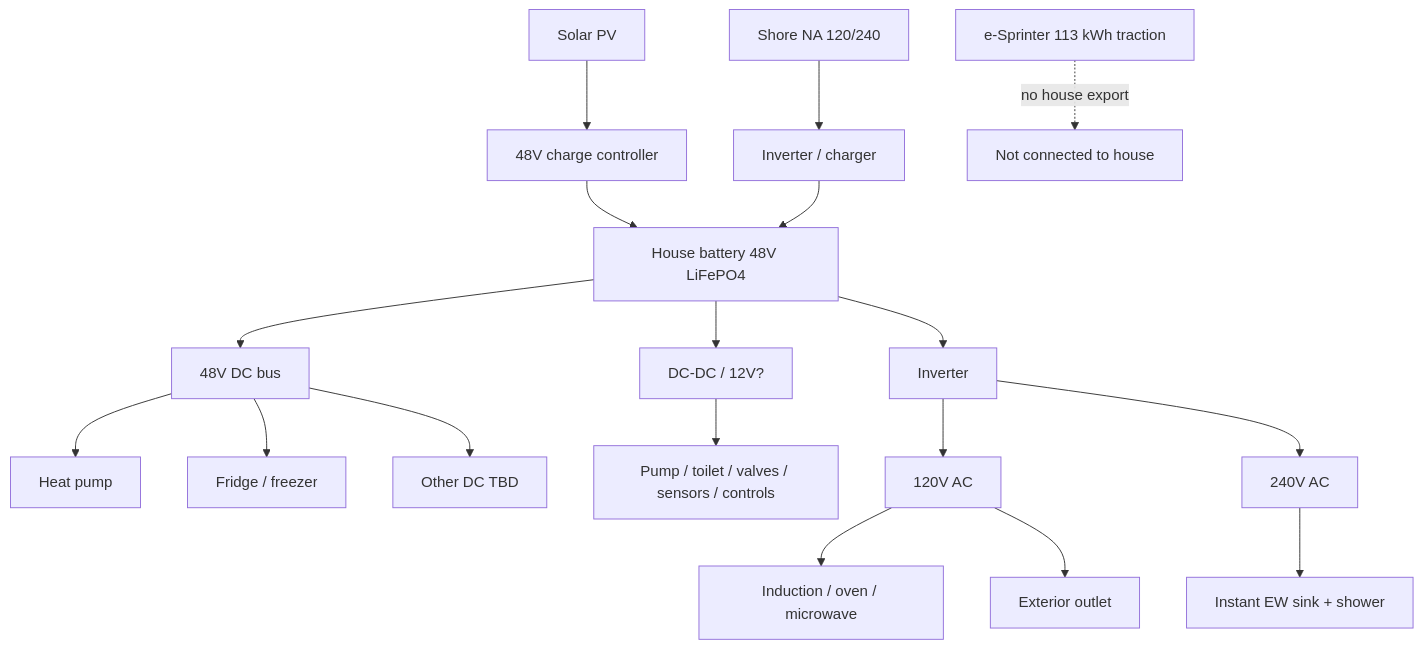
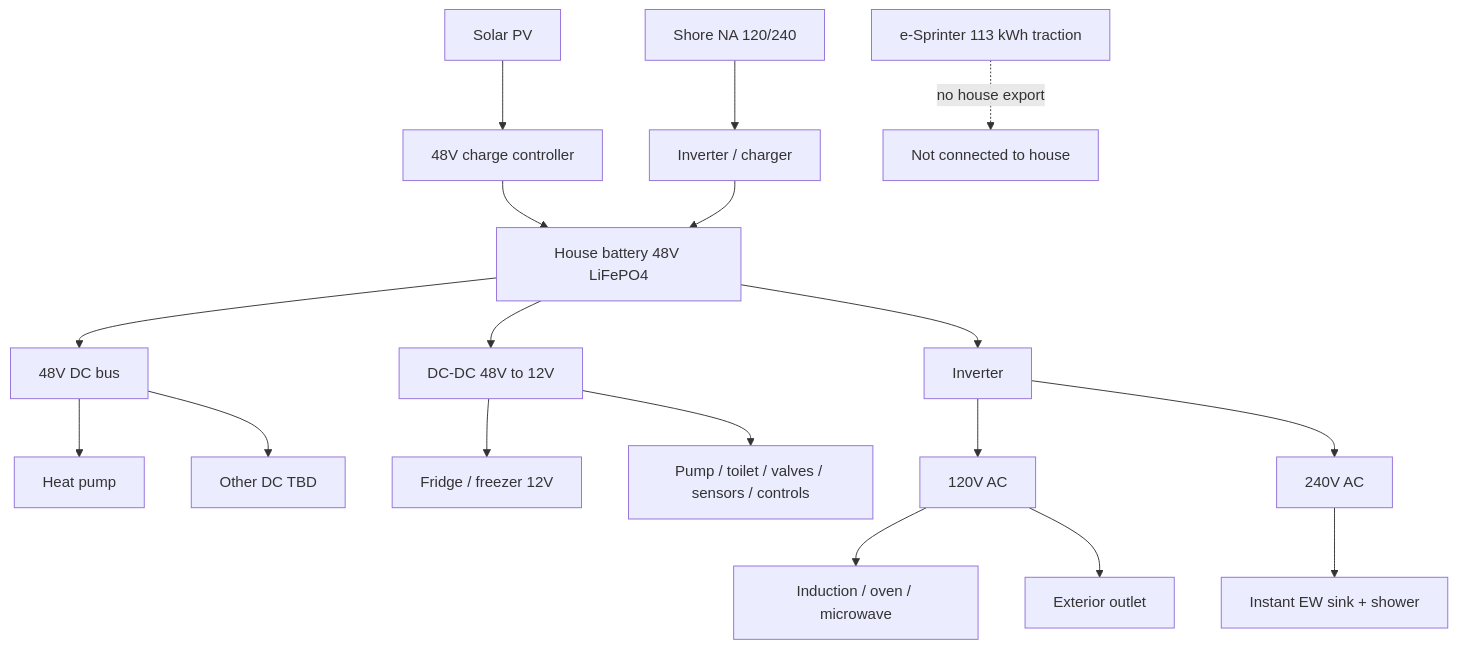
Before and after one commit to ehoogerbeets/vango: the diagram in docs/02-architecture/electrical.md, drawn with Mermaid. The commit also changed other lines of this file and 26 other files, not shown here.

````diff
--- a/docs/02-architecture/electrical.md
+++ b/docs/02-architecture/electrical.md
@@ -30,23 +32,23 @@
 ```mermaid
 flowchart TD
   solar[Solar PV] --> sc[48V charge controller]
   shore[Shore NA 120/240] --> ic[Inverter / charger]
   sc --> batt[House battery 48V LiFePO4]
   ic --> batt
   traction[e-Sprinter 113 kWh traction] -.->|no house export| x[Not connected to house]
 
   batt --> dc48[48V DC bus]
   dc48 --> hp[Heat pump]
-  dc48 --> fridge[Fridge / freezer]
   dc48 --> other48[Other DC TBD]
 
-  batt --> dcdc[DC-DC / 12V?]
+  batt --> dcdc[DC-DC 48V to 12V]
+  dcdc --> fridge[Fridge / freezer 12V]
   dcdc --> lv[Pump / toilet / valves / sensors / controls]
 
   batt --> inv[Inverter]
   inv --> ac120[120V AC]
   ac120 --> cook[Induction / oven / microwave]
   ac120 --> ext[Exterior outlet]
   inv --> ac240[240V AC]
   ac240 --> hw[Instant EW sink + shower]
 ```
````
